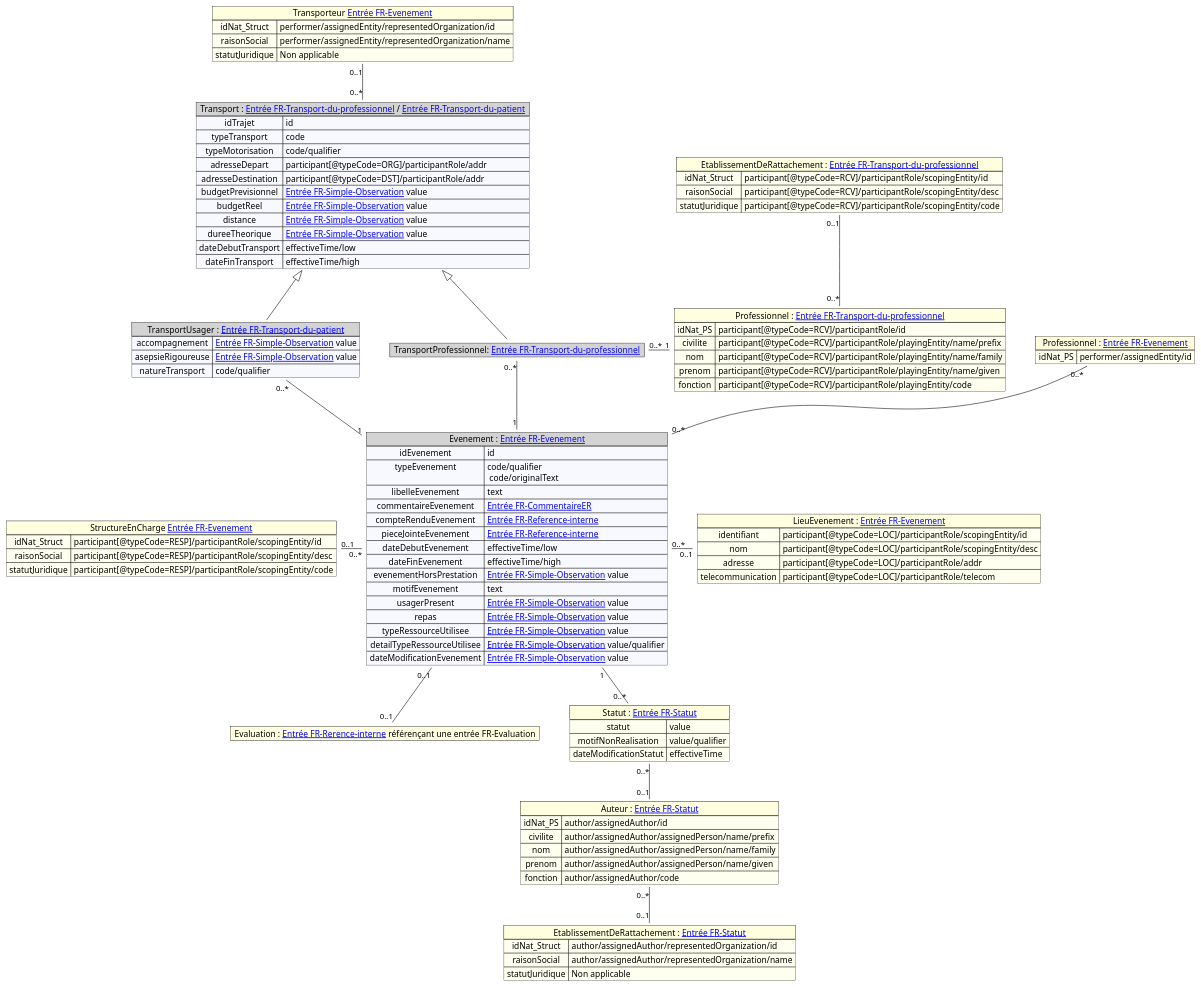
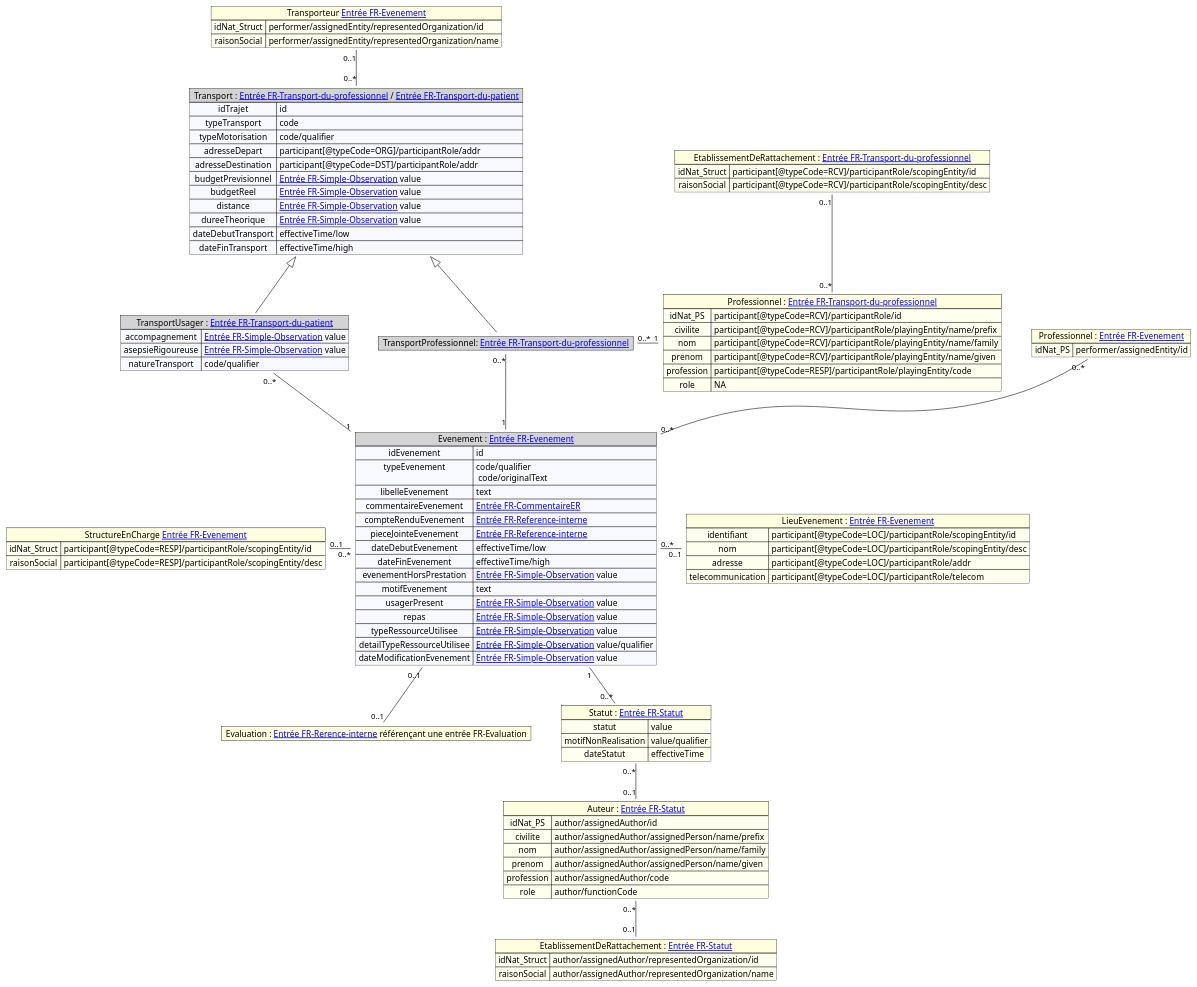
The diagram in input/images-source/mapping_evenement.plantuml (ansforge/IG-fhir-transfert-donnees-dui-esms), drawn with PlantUML before and after one commit. The commit also changed 5 other files, not shown here.

```diff
--- a/input/images-source/mapping_evenement.plantuml
+++ b/input/images-source/mapping_evenement.plantuml
@@ -1,129 +1,127 @@
 @startuml
 
 
 map "Evenement : [[contenu_dossier_corps_cda.html#entrée-fr-evenement Entrée FR-Evenement]]" as Evenement #back:ghostWhite;header:LightGray {
     idEvenement => id
     typeEvenement => code/qualifier \n code/originalText
     libelleEvenement => text
     commentaireEvenement => [[contenu_dossier_corps_cda.html#entrée-fr-commentaire-er Entrée FR-CommentaireER]]
     compteRenduEvenement => [[contenu_dossier_corps_cda.html#entrée-fr-reference-interne Entrée FR-Reference-interne]]
     pieceJointeEvenement => [[contenu_dossier_corps_cda.html#entrée-fr-reference-interne Entrée FR-Reference-interne]]
     dateDebutEvenement => effectiveTime/low
     dateFinEvenement => effectiveTime/high
     evenementHorsPrestation => [[contenu_dossier_corps_cda.html#entrée-fr-simple-observation Entrée FR-Simple-Observation]] value
     motifEvenement => text
     usagerPresent => [[contenu_dossier_corps_cda.html#entrée-fr-simple-observation Entrée FR-Simple-Observation]] value
     repas => [[contenu_dossier_corps_cda.html#entrée-fr-simple-observation Entrée FR-Simple-Observation]] value
     typeRessourceUtilisee => [[contenu_dossier_corps_cda.html#entrée-fr-simple-observation Entrée FR-Simple-Observation]] value
     detailTypeRessourceUtilisee => [[contenu_dossier_corps_cda.html#entrée-fr-simple-observation Entrée FR-Simple-Observation]] value/qualifier
     dateModificationEvenement => [[contenu_dossier_corps_cda.html#entrée-fr-simple-observation Entrée FR-Simple-Observation]] value
 }
 map "Transport : [[contenu_dossier_corps_cda.html#entrée-fr-transport-du-professionnel Entrée FR-Transport-du-professionnel]] / [[contenu_dossier_corps_cda.html#entrée-fr-transport-du-patient Entrée FR-Transport-du-patient]]" as Transport#back:ghostWhite;header:LightGray {
     idTrajet => id
     typeTransport => code
     typeMotorisation => code/qualifier
     adresseDepart => participant[@typeCode=ORG]/participantRole/addr
     adresseDestination => participant[@typeCode=DST]/participantRole/addr
     budgetPrevisionnel => [[contenu_dossier_corps_cda.html#entrée-fr-simple-observation Entrée FR-Simple-Observation]] value
     budgetReel => [[contenu_dossier_corps_cda.html#entrée-fr-simple-observation Entrée FR-Simple-Observation]] value
     distance => [[contenu_dossier_corps_cda.html#entrée-fr-simple-observation Entrée FR-Simple-Observation]] value
     dureeTheorique => [[contenu_dossier_corps_cda.html#entrée-fr-simple-observation Entrée FR-Simple-Observation]] value
     dateDebutTransport => effectiveTime/low
     dateFinTransport => effectiveTime/high
 
 }
 map "Professionnel : [[contenu_dossier_corps_cda.html#entrée-fr-transport-du-professionnel Entrée FR-Transport-du-professionnel]]" as ProfessionnelTransport #back:Ivory;header:LightYellow  {
     idNat_PS => participant[@typeCode=RCV]/participantRole/id
     civilite => participant[@typeCode=RCV]/participantRole/playingEntity/name/prefix
     nom => participant[@typeCode=RCV]/participantRole/playingEntity/name/family
     prenom => participant[@typeCode=RCV]/participantRole/playingEntity/name/given
-    fonction => participant[@typeCode=RCV]/participantRole/playingEntity/code
+    profession => participant[@typeCode=RESP]/participantRole/playingEntity/code
+    role => NA
 }
 
 map "EtablissementDeRattachement : [[contenu_dossier_corps_cda.html#entrée-fr-transport-du-professionnel Entrée FR-Transport-du-professionnel]]" as etablissementDeRattachement #back:Ivory;header:LightYellow {
     idNat_Struct => participant[@typeCode=RCV]/participantRole/scopingEntity/id
     raisonSocial => participant[@typeCode=RCV]/participantRole/scopingEntity/desc
-    statutJuridique => participant[@typeCode=RCV]/participantRole/scopingEntity/code
 }
 
 map "Transporteur [[contenu_dossier_corps_cda.html#entrée-fr-evenement Entrée FR-Evenement]]" as transporteur #back:Ivory;header:LightYellow  {
     idNat_Struct => performer/assignedEntity/representedOrganization/id
     raisonSocial => performer/assignedEntity/representedOrganization/name
-    statutJuridique =>  Non applicable
 }
 
 map "StructureEnCharge [[contenu_dossier_corps_cda.html#entrée-fr-evenement Entrée FR-Evenement]]" as structureEnCharge #back:Ivory;header:LightYellow  {
     idNat_Struct => participant[@typeCode=RESP]/participantRole/scopingEntity/id
     raisonSocial => participant[@typeCode=RESP]/participantRole/scopingEntity/desc
-    statutJuridique => participant[@typeCode=RESP]/participantRole/scopingEntity/code
 }
 
 
 map "TransportProfessionnel: [[contenu_dossier_corps_cda.html#entrée-fr-transport-du-professionnel Entrée FR-Transport-du-professionnel]]" as TransportPro#back:ghostWhite;header:LightGray {
 }
 
 
 
 map "TransportUsager : [[contenu_dossier_corps_cda.html#entrée-fr-transport-du-patient Entrée FR-Transport-du-patient]]" as TransportUsager#back:ghostWhite;header:LightGray {
     accompagnement => [[contenu_dossier_corps_cda.html#entrée-fr-simple-observation Entrée FR-Simple-Observation]] value
     asepsieRigoureuse => [[contenu_dossier_corps_cda.html#entrée-fr-simple-observation Entrée FR-Simple-Observation]] value
     natureTransport => code/qualifier
 
 }
 
 map "LieuEvenement : [[contenu_dossier_corps_cda.html#entrée-fr-evenement Entrée FR-Evenement]]" as Lieu #back:Ivory;header:LightYellow  {
     identifiant => participant[@typeCode=LOC]/participantRole/scopingEntity/id    
     nom => participant[@typeCode=LOC]/participantRole/scopingEntity/desc
     adresse => participant[@typeCode=LOC]/participantRole/addr
     telecommunication => participant[@typeCode=LOC]/participantRole/telecom 
 }
 
 map "Evaluation : [[contenu_dossier_corps_cda.html#entrée-fr-reference-interne Entrée FR-Rerence-interne]] référençant une entrée FR-Evaluation" as Evaluation #back:Ivory;header:LightYellow {
 }
 
 map "Statut : [[contenu_dossier_corps_cda.html#entrée-fr-statut Entrée FR-Statut]]" as Statut #back:Ivory;header:LightYellow{
     statut => value
     motifNonRealisation => value/qualifier
-    dateModificationStatut => effectiveTime
+    dateStatut => effectiveTime
 }
 
 map "Professionnel : [[contenu_dossier_corps_cda.html#entrée-fr-evenement Entrée FR-Evenement]]" as ProfessionnelEvn #back:Ivory;header:LightYellow{
     idNat_PS => performer/assignedEntity/id
 }
 
 map "Auteur : [[contenu_dossier_corps_cda.html#entrée-fr-statut Entrée FR-Statut]]" as AuteurStatut #back:Ivory;header:LightYellow {
     idNat_PS => author/assignedAuthor/id
     civilite => author/assignedAuthor/assignedPerson/name/prefix
     nom => author/assignedAuthor/assignedPerson/name/family
     prenom => author/assignedAuthor/assignedPerson/name/given
-    fonction => author/assignedAuthor/code
+    profession => author/assignedAuthor/code
+    role => author/functionCode
 }
 
 map "EtablissementDeRattachement : [[contenu_dossier_corps_cda.html#entrée-fr-statut Entrée FR-Statut]]" as etablissementDeRattachementAuthStatut #back:Ivory;header:LightYellow {
     idNat_Struct => author/assignedAuthor/representedOrganization/id
     raisonSocial => author/assignedAuthor/representedOrganization/name
-    statutJuridique => Non applicable
 }
 
 
 
 
 Evenement "1" -- "0..*" Statut
 Evenement "0..*" -right- "0..1" Lieu  
 ProfessionnelEvn "0..*" -- "0..*" Evenement
 structureEnCharge "0..1" -right- "0..*" Evenement
 Evenement "1" -up- "0..*" TransportPro 
 TransportPro "0..*" -right- "1" ProfessionnelTransport
 etablissementDeRattachement "0..1" -- "0..*" ProfessionnelTransport
 Transport <|-- TransportPro
 Transport <|-- TransportUsager
 TransportUsager "0..*" -- "1" Evenement
 Evenement "0..1" -- "0..1" Evaluation
 transporteur "0..1" -- "0..*" Transport
 Statut "0..*" -- "0..1" AuteurStatut
 AuteurStatut "0..*" -- "0..1" etablissementDeRattachementAuthStatut
 
 
 
 
 @enduml
```
